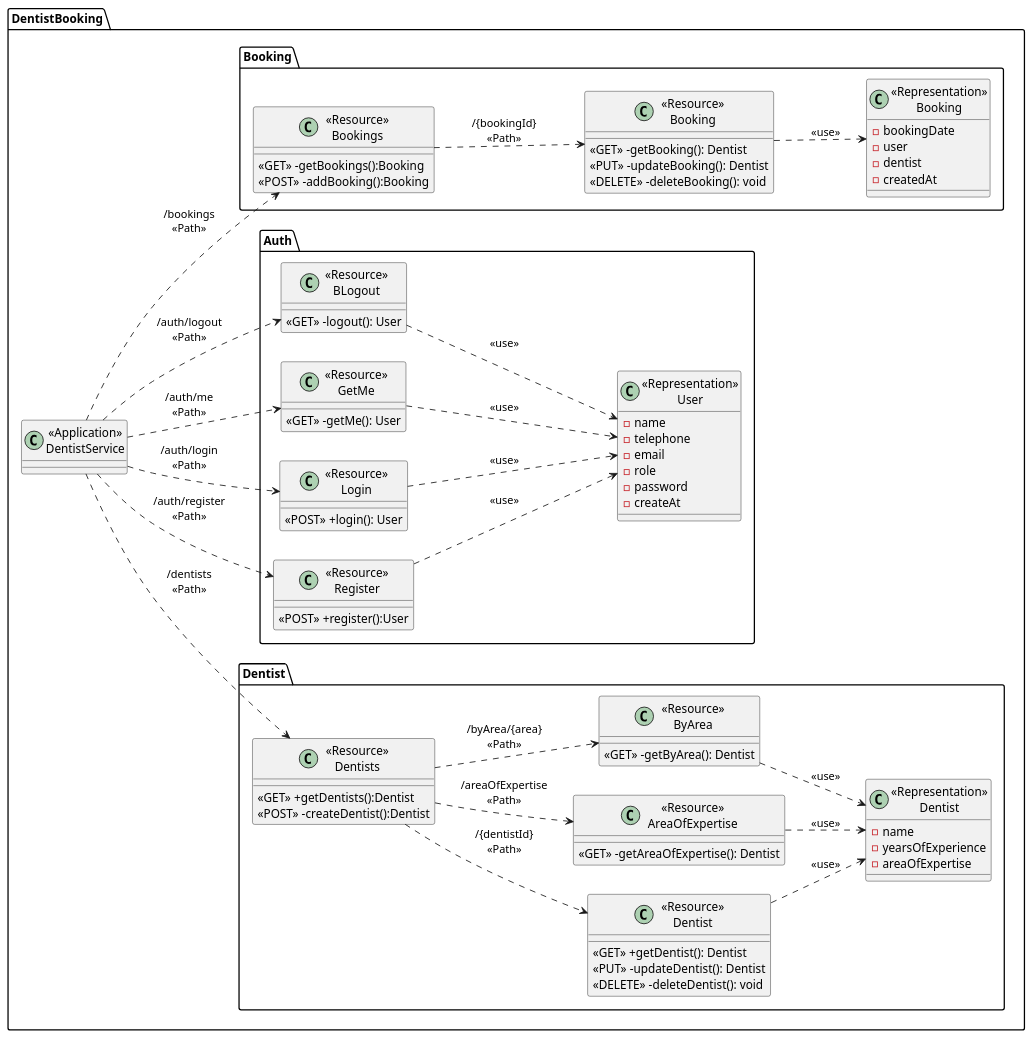
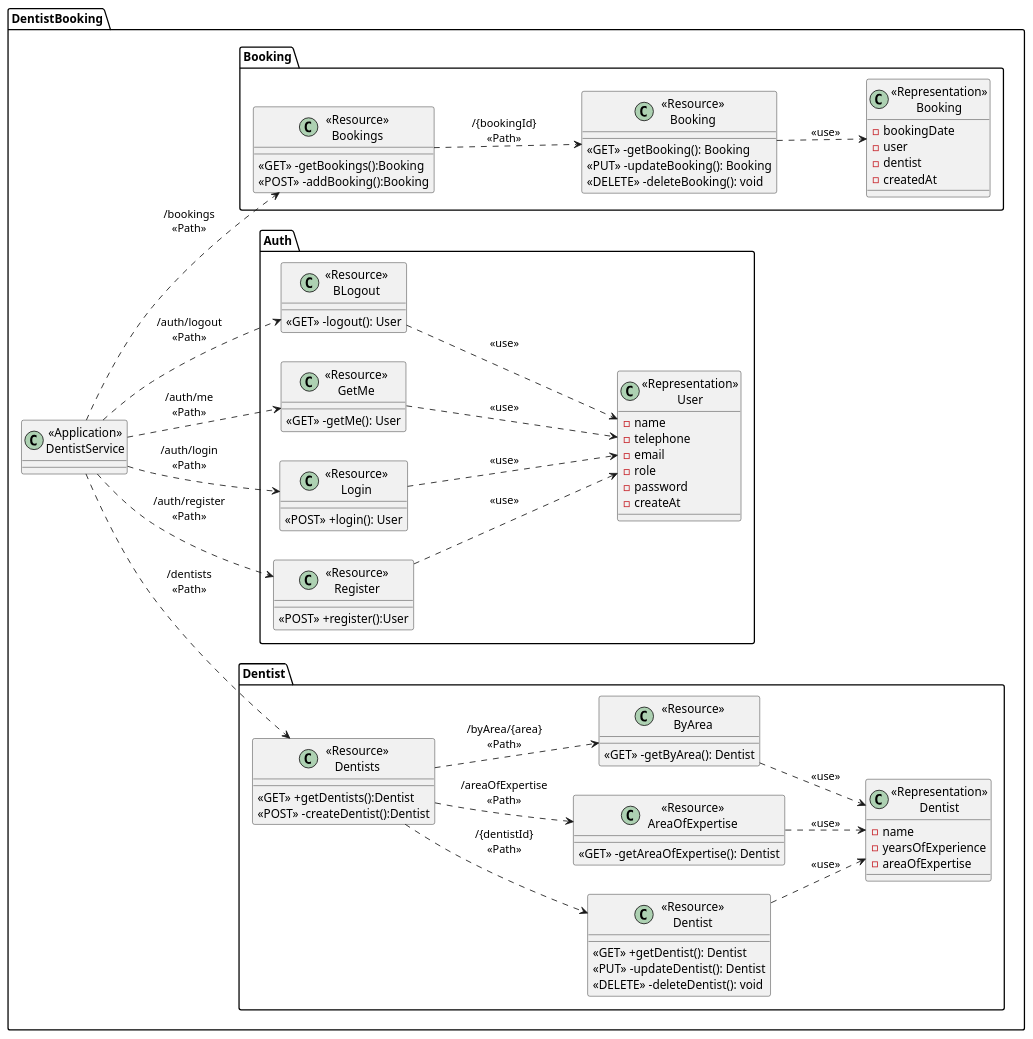
One commit to JirayutP/Dentist changed the diagram in Diagram/Dentist_class.puml. Above: the diagram before and after it, drawn with PlantUML. The commit also changed 15 other files, not shown here.

```diff
--- a/Diagram/Dentist_class.puml
+++ b/Diagram/Dentist_class.puml
@@ -1,106 +1,106 @@
 @startuml DentistBooking
 left to right direction
 package "DentistBooking"{
     class "<<Application>>\nDentistService" as DentistService{}
 
         package "Dentist"{
             class "<<Resource>>\nDentists" as ResourceDentists{
                 <<GET>> +getDentists():Dentist
                 <<POST>> -createDentist():Dentist
             }
 
             class "<<Resource>>\nDentist" as ResourceDentist {
                 <<GET>> +getDentist(): Dentist
                 <<PUT>> -updateDentist(): Dentist
                 <<DELETE>> -deleteDentist(): void
             }
 
             class "<<Resource>>\nAreaOfExpertise" as ResourceAreaOfExpertise {
                 <<GET>> -getAreaOfExpertise(): Dentist
             }
 
             class "<<Resource>>\nByArea" as ResourceByArea {
                 <<GET>> -getByArea(): Dentist
             }
 
             class "<<Representation>>\nDentist" as RepresentationDentist {
                 -name
                 -yearsOfExperience
                 -areaOfExpertise
             }
         }
 
         package "Auth"{
             class "<<Resource>>\nRegister" as ResourceRegister{
                 <<POST>> +register():User
             }
 
             class "<<Resource>>\nLogin" as ResourceLogin {
                 <<POST>> +login(): User
             }
 
             class "<<Resource>>\nGetMe" as ResourceGetMe {
                 <<GET>> -getMe(): User
             }
 
             class "<<Resource>>\nBLogout" as ResourceLogout {
                 <<GET>> -logout(): User
             }
 
             class "<<Representation>>\nUser" as RepresentationUser {
                 -name
                 -telephone
                 -email
                 -role
                 -password
                 -createAt
             }
         }
 
         package "Booking"{
             class "<<Resource>>\nBookings" as ResourceBookings{
                 <<GET>> -getBookings():Booking
                 <<POST>> -addBooking():Booking
             }
 
             class "<<Resource>>\nBooking" as ResourceBooking {
-                <<GET>> -getBooking(): Dentist
-                <<PUT>> -updateBooking(): Dentist
+                <<GET>> -getBooking(): Booking
+                <<PUT>> -updateBooking(): Booking
                 <<DELETE>> -deleteBooking(): void
             }
 
             class "<<Representation>>\nBooking" as RepresentationBooking {
                 -bookingDate
                 -user
                 -dentist
                 -createdAt
             }
         }
         
 }
 
 ' start dentist
 DentistService ..> ResourceDentists:"/dentists\n<<Path>>"
 ResourceDentists ..> ResourceAreaOfExpertise: "/areaOfExpertise\n<<Path>>"
 ResourceAreaOfExpertise ..> RepresentationDentist: "<<use>>"
 ResourceDentists ..> ResourceByArea: "/byArea/{area}\n<<Path>>"
 ResourceByArea ..> RepresentationDentist: "<<use>>"
 ResourceDentists ..> ResourceDentist: "/{dentistId}\n<<Path>>"
 ResourceDentist ..> RepresentationDentist: "<<use>>"
 
 ' start auth
 DentistService ..> ResourceRegister:"/auth/register\n<<Path>>"
 ResourceRegister ..> RepresentationUser: "<<use>>"
 DentistService ..> ResourceLogin:"/auth/login\n<<Path>>"
 ResourceLogin ..> RepresentationUser: "<<use>>"
 DentistService ..> ResourceGetMe:"/auth/me\n<<Path>>"
 ResourceGetMe ..> RepresentationUser: "<<use>>"
 DentistService ..> ResourceLogout:"/auth/logout\n<<Path>>"
 ResourceLogout ..> RepresentationUser: "<<use>>"
 
 ' start booking
 DentistService ..> ResourceBookings:"/bookings\n<<Path>>"
 ResourceBookings ..> ResourceBooking: "/{bookingId}\n<<Path>>"
 ResourceBooking ..> RepresentationBooking: "<<use>>"
 
 @enduml
```
